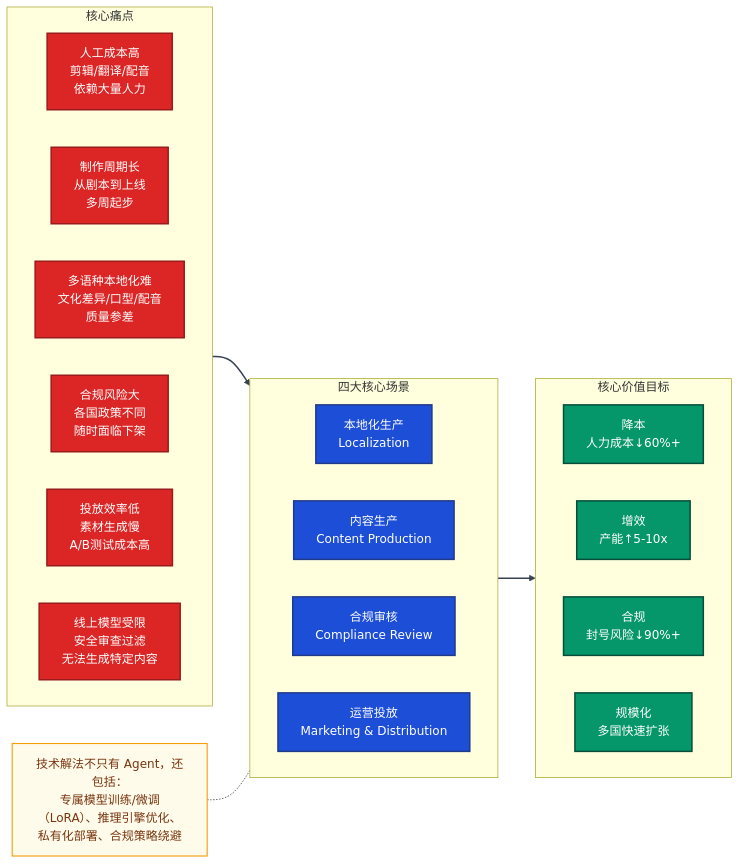
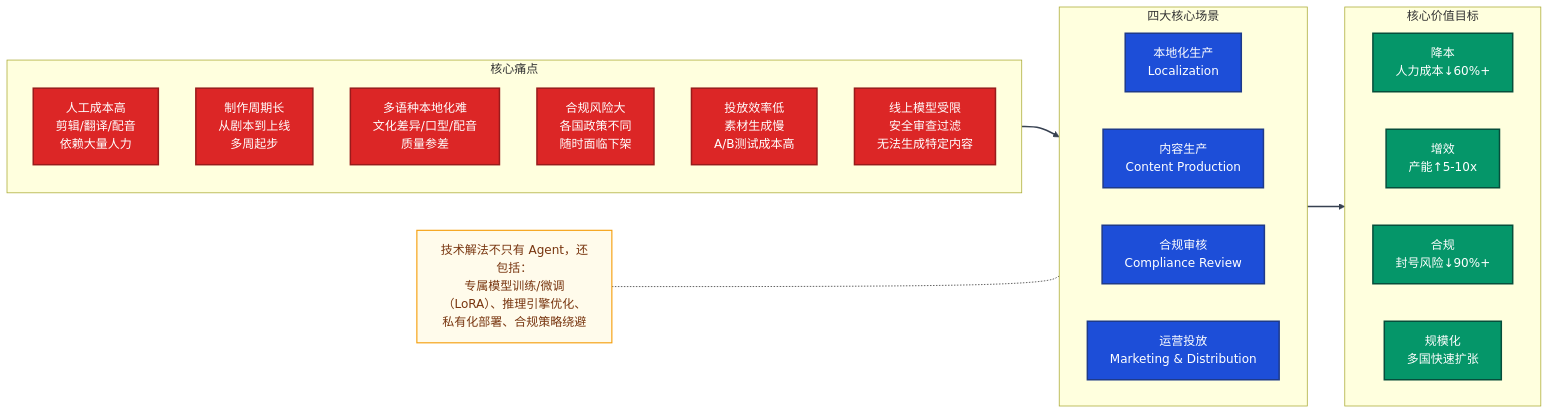
One commit to amuqiao/agentscope-1.0.16 changed the first of 6 diagrams in docs/项目分析/短剧出海AI技术解决方案.md. Above: the diagram before and after it, drawn with Mermaid. The commit also changed other lines of this file and 3 other files, not shown here.

````diff
--- a/docs/项目分析/短剧出海AI技术解决方案.md
+++ b/docs/项目分析/短剧出海AI技术解决方案.md
@@ -10,46 +10,46 @@
 ```mermaid
 flowchart LR
     classDef painStyle   fill:#dc2626,stroke:#991b1b,stroke-width:2px,color:#fff
     classDef sceneStyle  fill:#1d4ed8,stroke:#1e3a8a,stroke-width:2px,color:#fff
     classDef valueStyle  fill:#059669,stroke:#064e3b,stroke-width:2px,color:#fff
     classDef noteStyle   fill:#fffbeb,stroke:#f59e0b,stroke-width:1.5px,color:#78350f
     classDef layerStyle  fill:#f8fafc,stroke:#cbd5e0,stroke-width:1.5px
 
     subgraph PAIN["核心痛点"]
-        direction LR
+        direction TB
         P1["人工成本高<br>剪辑/翻译/配音<br>依赖大量人力"]:::painStyle
         P2["制作周期长<br>从剧本到上线<br>多周起步"]:::painStyle
         P3["多语种本地化难<br>文化差异/口型/配音<br>质量参差"]:::painStyle
         P4["合规风险大<br>各国政策不同<br>随时面临下架"]:::painStyle
         P5["投放效率低<br>素材生成慢<br>A/B测试成本高"]:::painStyle
         P6["线上模型受限<br>安全审查过滤<br>无法生成特定内容"]:::painStyle
     end
     class PAIN layerStyle
 
     subgraph SCENE["四大核心场景"]
         direction LR
         S1["本地化生产<br>Localization"]:::sceneStyle
         S2["内容生产<br>Content Production"]:::sceneStyle
         S3["合规审核<br>Compliance Review"]:::sceneStyle
         S4["运营投放<br>Marketing & Distribution"]:::sceneStyle
     end
     class SCENE layerStyle
 
     subgraph VALUE["核心价值目标"]
         direction LR
         V1["降本<br>人力成本↓60%+"]:::valueStyle
         V2["增效<br>产能↑5-10x"]:::valueStyle
         V3["合规<br>封号风险↓90%+"]:::valueStyle
         V4["规模化<br>多国快速扩张"]:::valueStyle
     end
     class VALUE layerStyle
 
     PAIN --> SCENE
     SCENE --> VALUE
 
     NOTE["技术解法不只有 Agent，还包括：<br>专属模型训练/微调（LoRA）、推理引擎优化、<br>私有化部署、合规策略绕避"]:::noteStyle
     NOTE -.- SCENE
 
     %% 边索引：0-1，共 2 条
     linkStyle 0,1 stroke:#374151,stroke-width:2px
 ```
````
